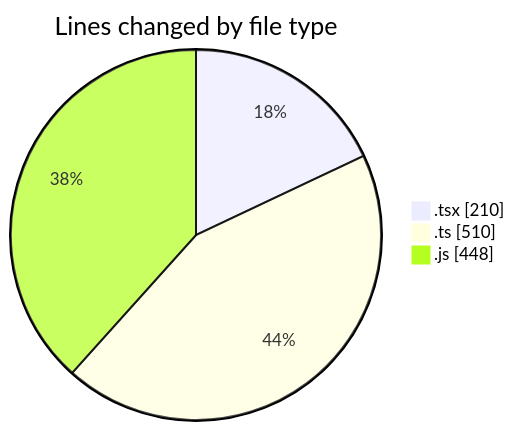
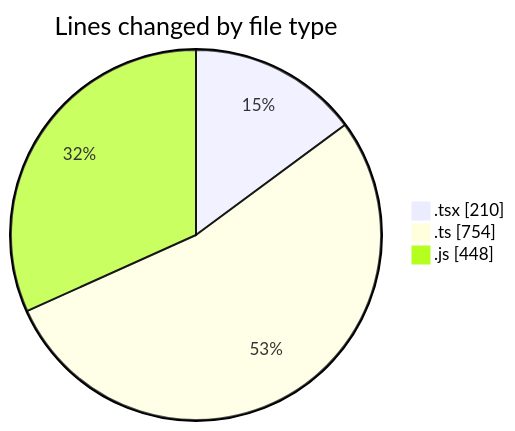
The first of 2 diagrams in 2026-06-01/cda/README.md (momahboobian/code-tracking), drawn with Mermaid before and after one commit. The commit also changed other lines of this file and 1 other file, not shown here.

````diff
--- a/2026-06-01/cda/README.md
+++ b/2026-06-01/cda/README.md
@@ -32,7 +33,7 @@
 ```mermaid
 pie showData
 title Lines changed by file type
 ".tsx" : 210
-".ts" : 510
+".ts" : 754
 ".js" : 448
 ```
````
